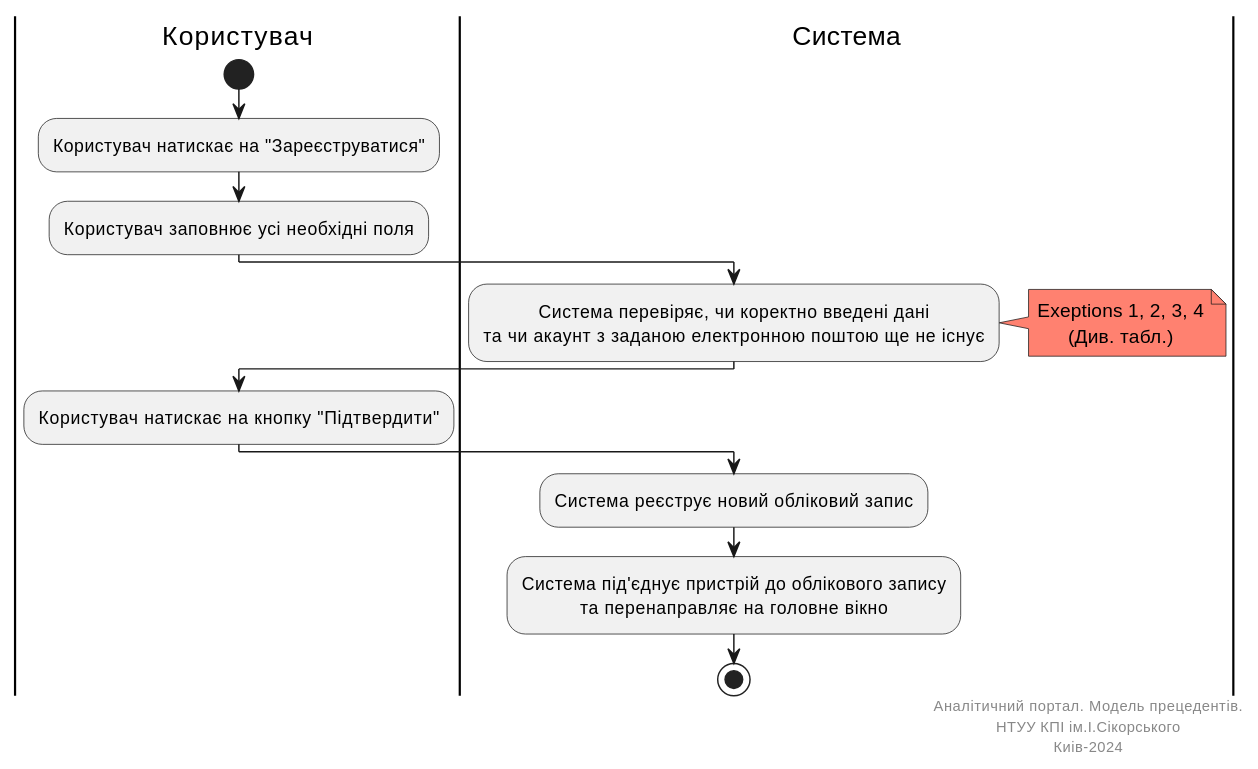
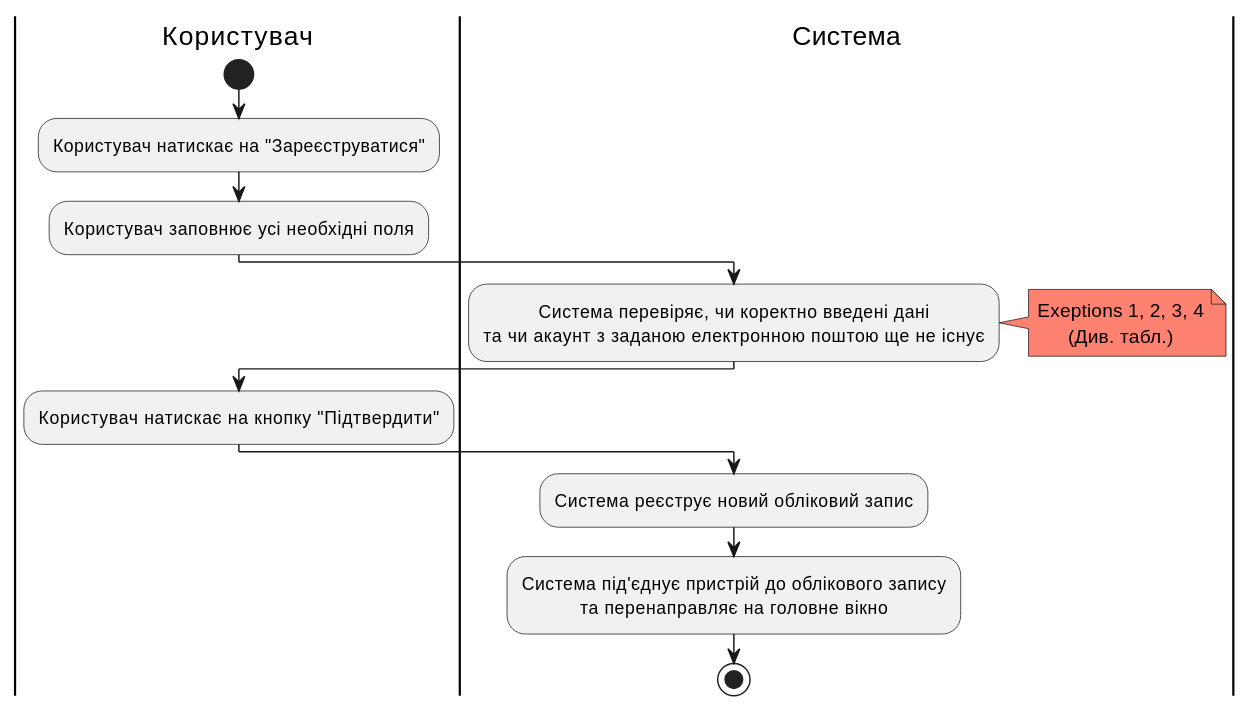
One commit to generalmaks/db_labs changed the first of 3 diagrams in docs/use_cases.md. Above: the diagram before and after it, drawn with PlantUML. The commit also changed other lines of this file, not shown here.

````diff
--- a/docs/use_cases.md
+++ b/docs/use_cases.md
@@ -31,34 +31,29 @@
 ```plantuml
 @startuml
 |Користувач|
 start
 skinparam defaultTextAlignment center
 
 |Користувач|
 :Користувач натискає на "Зареєструватися";
 :Користувач заповнює усі необхідні поля;
 
 |Система|
 :Система перевіряє, чи коректно введені дані 
 та чи акаунт з заданою електронною поштою ще не існує;
 note right #ff8170
 Exeptions 1, 2, 3, 4
 (Див. табл.)
 end note
 
 |Користувач|
 :Користувач натискає на кнопку "Підтвердити";
 
 |Система|
 :Система реєструє новий обліковий запис;
 :Система під'єднує пристрій до облікового запису 
 та перенаправляє на головне вікно;
 
- right footer
-        Аналітичний портал. Модель прецедентів.
-        НТУУ КПІ ім.І.Сікорського
-        Киів-2024
-    end footer
 stop
 @enduml
 ```
````
